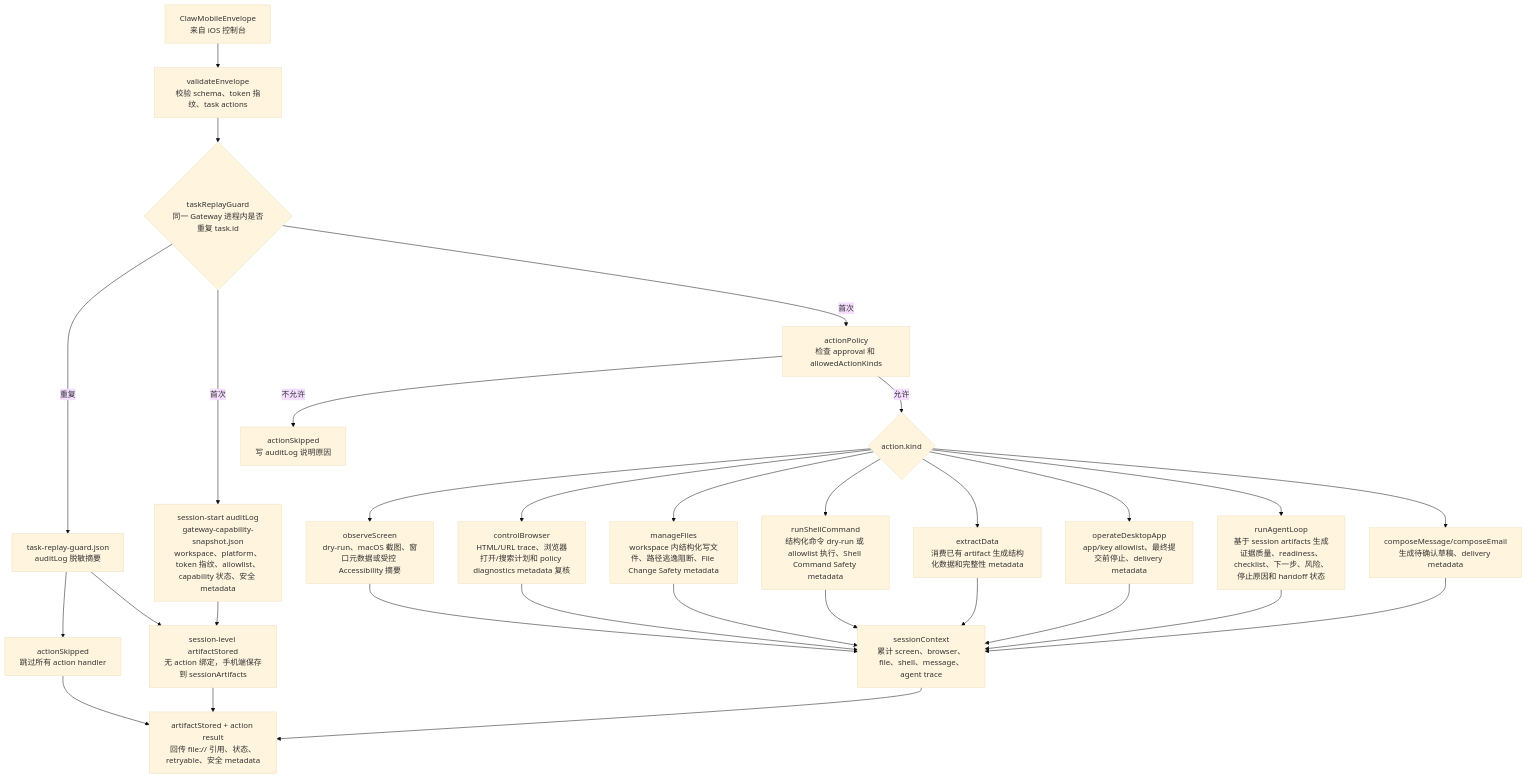
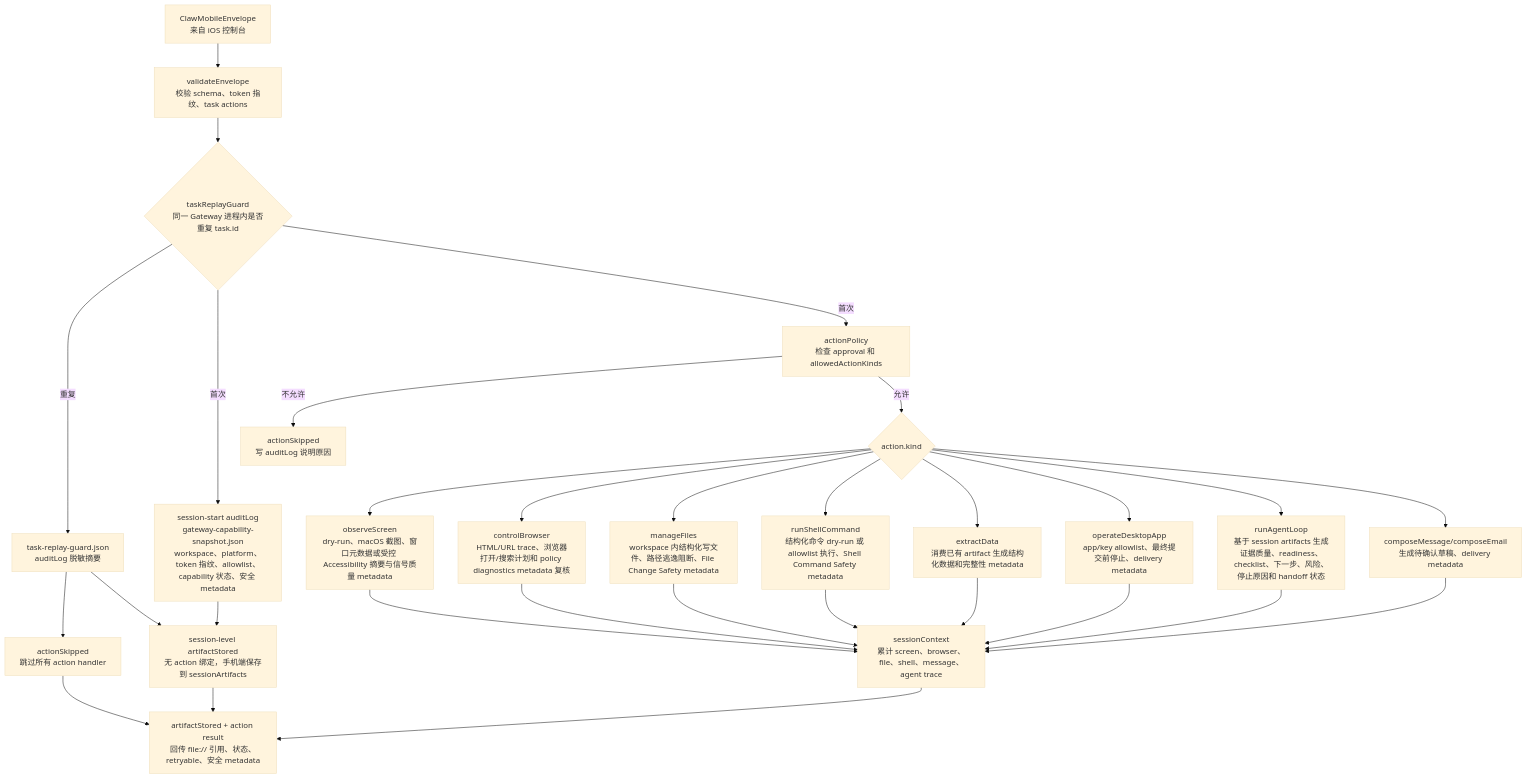
Before and after one commit to Altman-sam114/115: the second of 3 diagrams in md/flow/flowchart.md, drawn with Mermaid (base theme). The commit also changed other lines of this file and 14 other files, not shown here.

Commit message:
v0.49: Mac Accessibility Signal Quality 观察信号质量

````diff
--- a/md/flow/flowchart.md
+++ b/md/flow/flowchart.md
@@ -74,32 +74,32 @@
 ```mermaid
 flowchart TD
   ENV["ClawMobileEnvelope<br/>来自 iOS 控制台"] --> VAL["validateEnvelope<br/>校验 schema、token 指纹、task actions"]
   VAL --> REPLAY{"taskReplayGuard<br/>同一 Gateway 进程内是否重复 task.id"}
   REPLAY -->|"重复"| RG["task-replay-guard.json<br/>auditLog 脱敏摘要"]
   RG --> RGS["actionSkipped<br/>跳过所有 action handler"]
   RG --> SOUT
   RGS --> OUT
   REPLAY -->|"首次"| SNAP["session-start auditLog<br/>gateway-capability-snapshot.json<br/>workspace、platform、token 指纹、allowlist、capability 状态、安全 metadata"]
   REPLAY -->|"首次"| POL["actionPolicy<br/>检查 approval 和 allowedActionKinds"]
   POL -->|不允许| SKIP["actionSkipped<br/>写 auditLog 说明原因"]
   POL -->|允许| KIND{"action.kind"}
-  KIND --> OBS["observeScreen<br/>dry-run、macOS 截图、窗口元数据或受控 Accessibility 摘要"]
+  KIND --> OBS["observeScreen<br/>dry-run、macOS 截图、窗口元数据或受控 Accessibility 摘要与信号质量 metadata"]
   KIND --> BRO["controlBrowser<br/>HTML/URL trace、浏览器打开/搜索计划和 policy diagnostics metadata 复核"]
   KIND --> FILE["manageFiles<br/>workspace 内结构化写文件、路径逃逸阻断、File Change Safety metadata"]
   KIND --> SH["runShellCommand<br/>结构化命令 dry-run 或 allowlist 执行、Shell Command Safety metadata"]
   KIND --> EXT["extractData<br/>消费已有 artifact 生成结构化数据和完整性 metadata"]
   KIND --> APP["operateDesktopApp<br/>app/key allowlist、最终提交前停止、delivery metadata"]
   KIND --> AG["runAgentLoop<br/>基于 session artifacts 生成证据质量、readiness、checklist、下一步、风险、停止原因和 handoff 状态"]
   KIND --> MSG["composeMessage/composeEmail<br/>生成待确认草稿、delivery metadata"]
   OBS --> CTX["sessionContext<br/>累计 screen、browser、file、shell、message、agent trace"]
   BRO --> CTX
   FILE --> CTX
   SH --> CTX
   EXT --> CTX
   APP --> CTX
   AG --> CTX
   MSG --> CTX
   SNAP --> SOUT["session-level artifactStored<br/>无 action 绑定，手机端保存到 sessionArtifacts"]
   CTX --> OUT["artifactStored + action result<br/>回传 file:// 引用、状态、retryable、安全 metadata"]
   SOUT --> OUT
 ```
````
